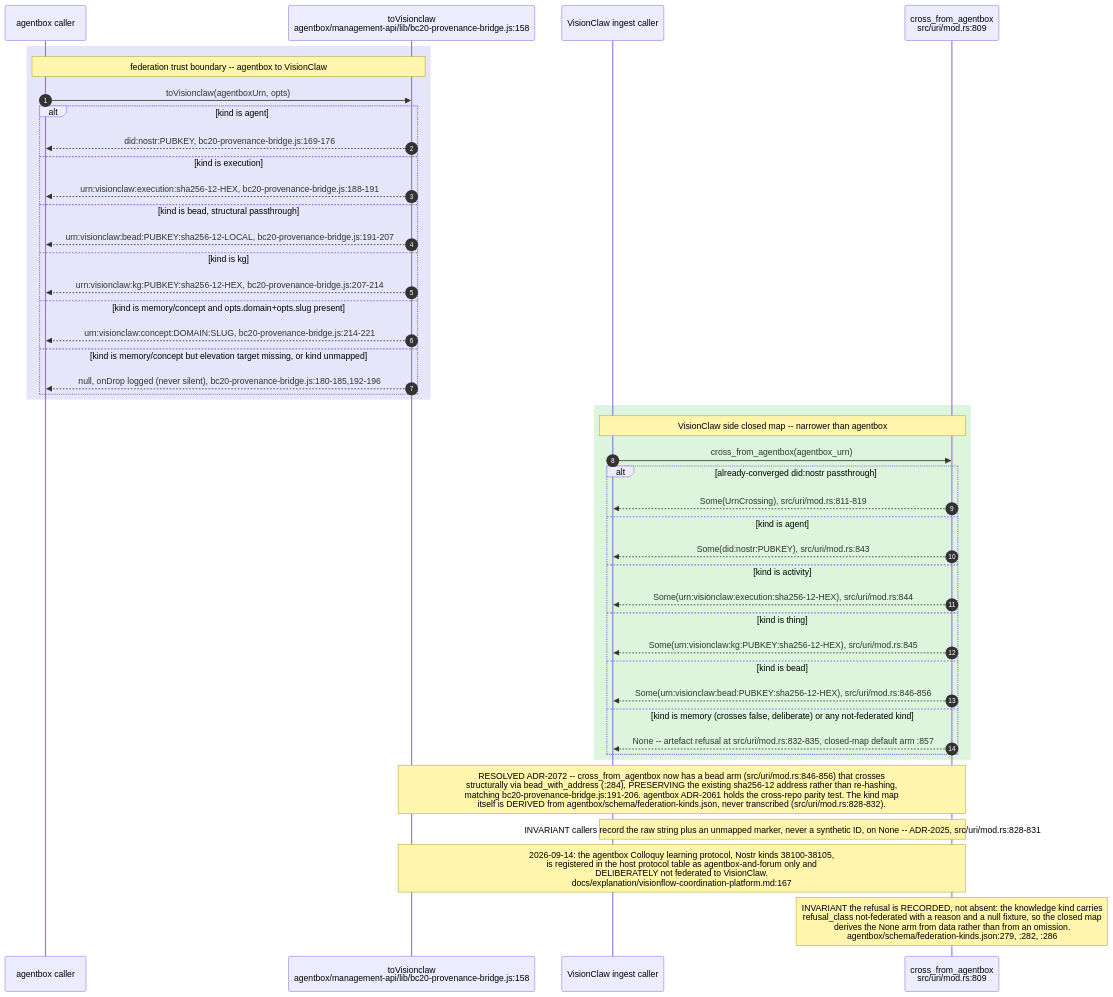
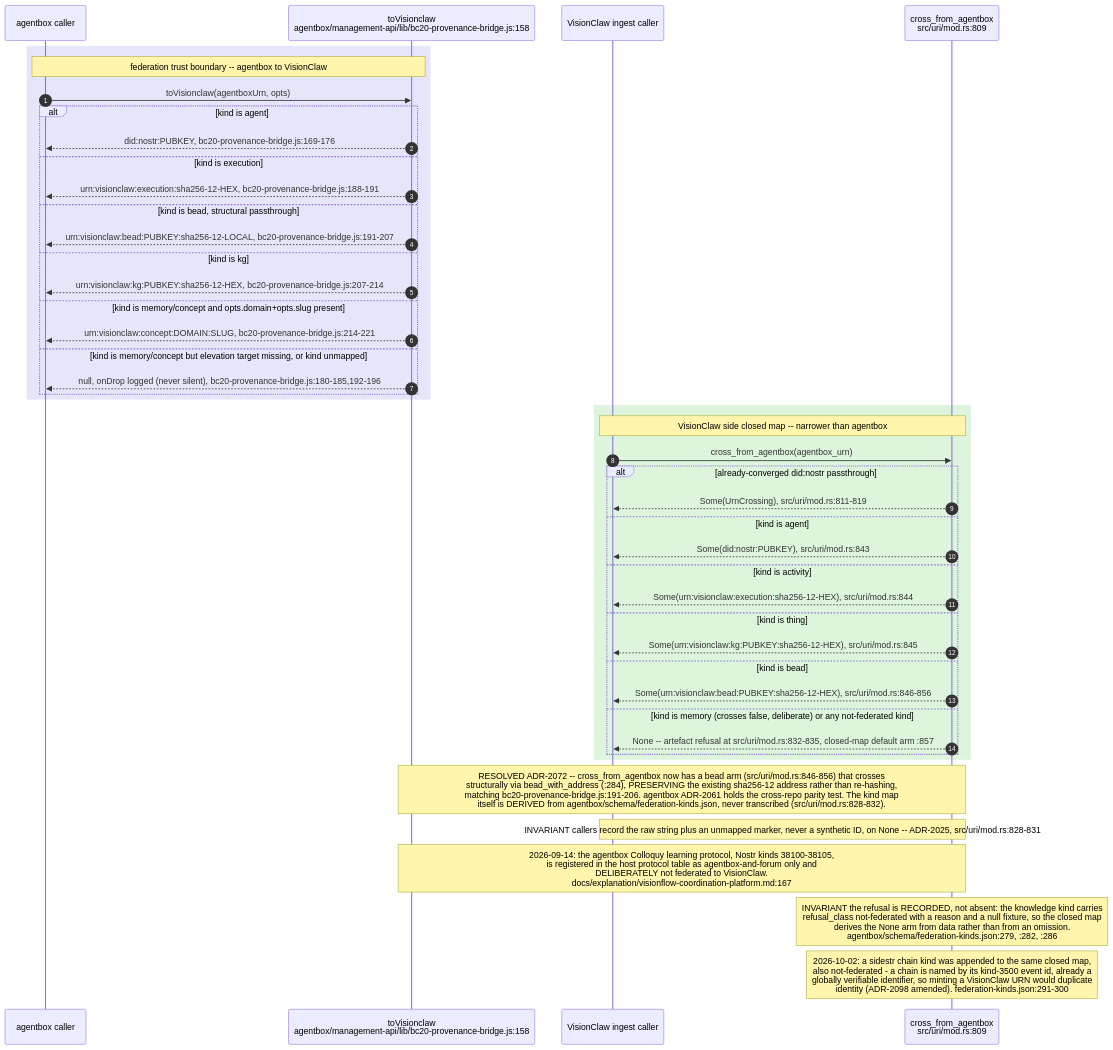
Before and after one commit to DreamLab-AI/VisionFlow: the sixth of 10 diagrams in docs/diagrams/visionclaw/23-identifiers-urn-did-sha12.md, drawn with Mermaid. The commit also changed other lines of this file and 111 other files, not shown here.

Commit message:
docs(diagrams): align estate maps with current source

````diff
--- a/docs/diagrams/visionclaw/23-identifiers-urn-did-sha12.md
+++ b/docs/diagrams/visionclaw/23-identifiers-urn-did-sha12.md
@@ -231,46 +231,47 @@
 ```mermaid
 sequenceDiagram
     autonumber
     participant CallerAB as agentbox caller
     participant JS as toVisionclaw<br/>agentbox/management-api/lib/bc20-provenance-bridge.js:158
     participant CallerVC as VisionClaw ingest caller
     participant RS as cross_from_agentbox<br/>src/uri/mod.rs:809
     rect rgb(230,230,250)
     Note over CallerAB,JS: federation trust boundary -- agentbox to VisionClaw
     CallerAB->>JS: toVisionclaw(agentboxUrn, opts)
     alt kind is agent
         JS-->>CallerAB: did:nostr:PUBKEY, bc20-provenance-bridge.js:169-176
     else kind is execution
         JS-->>CallerAB: urn:visionclaw:execution:sha256-12-HEX, bc20-provenance-bridge.js:188-191
     else kind is bead, structural passthrough
         JS-->>CallerAB: urn:visionclaw:bead:PUBKEY:sha256-12-LOCAL, bc20-provenance-bridge.js:191-207
     else kind is kg
         JS-->>CallerAB: urn:visionclaw:kg:PUBKEY:sha256-12-HEX, bc20-provenance-bridge.js:207-214
     else kind is memory/concept and opts.domain+opts.slug present
         JS-->>CallerAB: urn:visionclaw:concept:DOMAIN:SLUG, bc20-provenance-bridge.js:214-221
     else kind is memory/concept but elevation target missing, or kind unmapped
         JS-->>CallerAB: null, onDrop logged (never silent), bc20-provenance-bridge.js:180-185,192-196
     end
     end
     rect rgb(220,245,220)
     Note over CallerVC,RS: VisionClaw side closed map -- narrower than agentbox
     CallerVC->>RS: cross_from_agentbox(agentbox_urn)
     alt already-converged did:nostr passthrough
         RS-->>CallerVC: Some(UrnCrossing), src/uri/mod.rs:811-819
     else kind is agent
         RS-->>CallerVC: Some(did:nostr:PUBKEY), src/uri/mod.rs:843
     else kind is activity
         RS-->>CallerVC: Some(urn:visionclaw:execution:sha256-12-HEX), src/uri/mod.rs:844
     else kind is thing
         RS-->>CallerVC: Some(urn:visionclaw:kg:PUBKEY:sha256-12-HEX), src/uri/mod.rs:845
     else kind is bead
         RS-->>CallerVC: Some(urn:visionclaw:bead:PUBKEY:sha256-12-HEX), src/uri/mod.rs:846-856
     else kind is memory (crosses false, deliberate) or any not-federated kind
         RS-->>CallerVC: None -- artefact refusal at src/uri/mod.rs:832-835, closed-map default arm :857
     end
     end
     Note over JS,RS: RESOLVED ADR-2072 -- cross_from_agentbox now has a bead arm (src/uri/mod.rs:846-856) that crosses<br/>structurally via bead_with_address (:284), PRESERVING the existing sha256-12 address rather than re-hashing,<br/>matching bc20-provenance-bridge.js:191-206. agentbox ADR-2061 holds the cross-repo parity test. The kind map<br/>itself is DERIVED from agentbox/schema/federation-kinds.json, never transcribed (src/uri/mod.rs:828-832).
     Note over CallerVC,RS: INVARIANT callers record the raw string plus an unmapped marker, never a synthetic ID, on None -- ADR-2025, src/uri/mod.rs:828-831
     Note over JS,RS: 2026-09-14: the agentbox Colloquy learning protocol, Nostr kinds 38100-38105,<br/>is registered in the host protocol table as agentbox-and-forum only and<br/>DELIBERATELY not federated to VisionClaw.<br/>docs/explanation/visionflow-coordination-platform.md:167
     Note over RS: INVARIANT the refusal is RECORDED, not absent: the knowledge kind carries<br/>refusal_class not-federated with a reason and a null fixture, so the closed map<br/>derives the None arm from data rather than from an omission.<br/>agentbox/schema/federation-kinds.json:279, :282, :286
+    Note over RS: 2026-10-02: a sidestr chain kind was appended to the same closed map,<br/>also not-federated - a chain is named by its kind-3500 event id, already a<br/>globally verifiable identifier, so minting a VisionClaw URN would duplicate<br/>identity (ADR-2098 amended). federation-kinds.json:291-300
 ```
````
